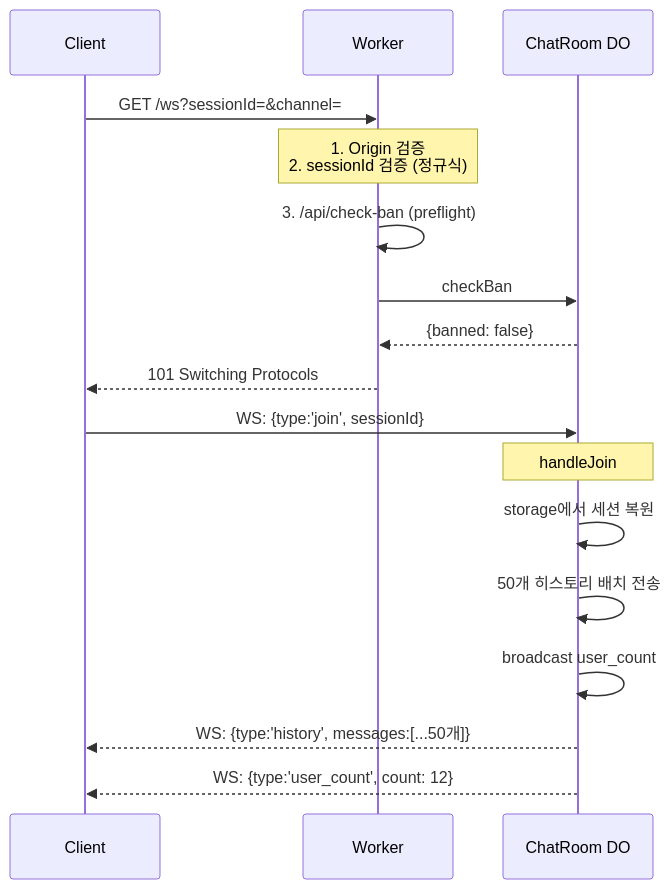
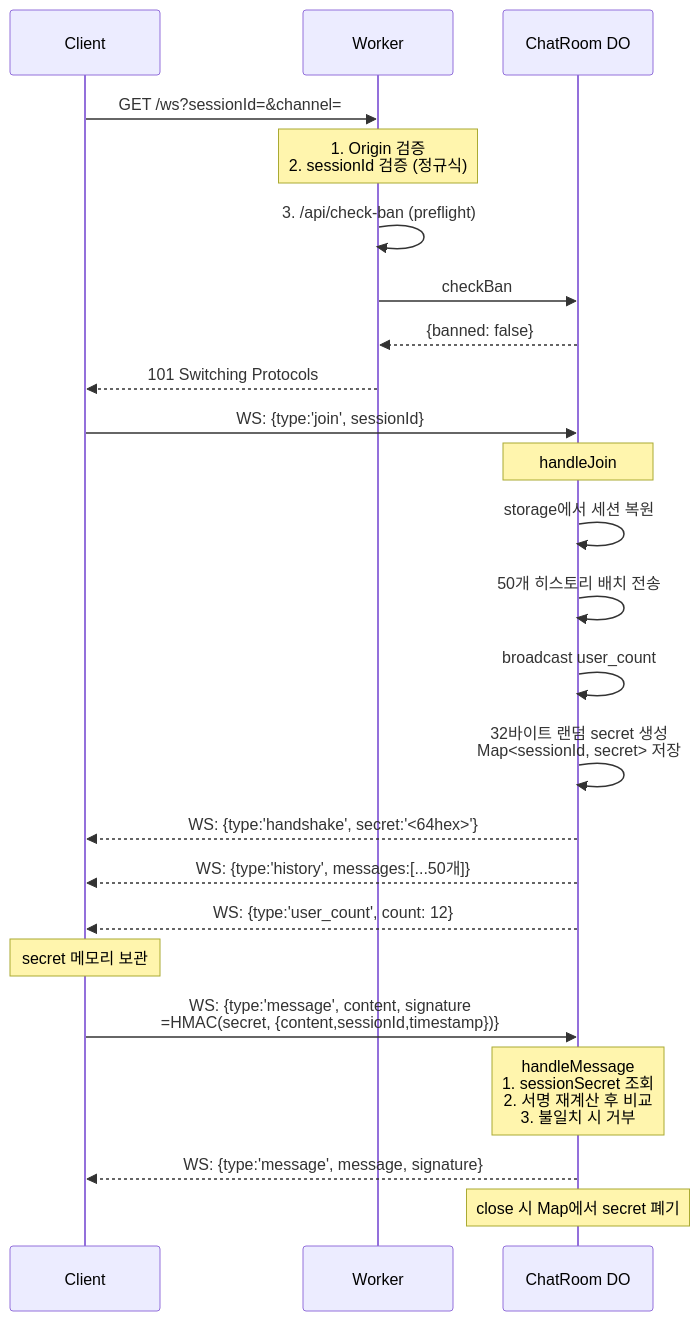
One commit to gguatit/Anonymous_Chat changed the third of 7 diagrams in docs/ARCHITECTURE.md. Above: the diagram before and after it, drawn with Mermaid. The commit also changed other lines of this file and 6 other files, not shown here.

````diff
--- a/docs/ARCHITECTURE.md
+++ b/docs/ARCHITECTURE.md
@@ -226,24 +228,33 @@
 ```mermaid
 sequenceDiagram
     participant C as Client
     participant W as Worker
     participant DO as ChatRoom DO
 
     C->>W: GET /ws?sessionId=&channel=
 
     Note over W: 1. Origin 검증<br/>2. sessionId 검증 (정규식)
     W->>W: 3. /api/check-ban (preflight)
     W->>DO: checkBan
     DO-->>W: {banned: false}
     W-->>C: 101 Switching Protocols
 
     C->>DO: WS: {type:'join', sessionId}
 
     Note over DO: handleJoin
     DO->>DO: storage에서 세션 복원
     DO->>DO: 50개 히스토리 배치 전송
     DO->>DO: broadcast user_count
-
+    DO->>DO: 32바이트 랜덤 secret 생성<br/>Map<sessionId, secret> 저장
+    DO-->>C: WS: {type:'handshake', secret:'<64hex>'}
     DO-->>C: WS: {type:'history', messages:[...50개]}
     DO-->>C: WS: {type:'user_count', count: 12}
+
+    Note over C: secret 메모리 보관
+    C->>DO: WS: {type:'message', content, signature<br/>=HMAC(secret, {content,sessionId,timestamp})}
+
+    Note over DO: handleMessage<br/>1. sessionSecret 조회<br/>2. 서명 재계산 후 비교<br/>3. 불일치 시 거부
+    DO-->>C: WS: {type:'message', message, signature}
+
+    Note over DO: close 시 Map에서 secret 폐기
 ```
````
